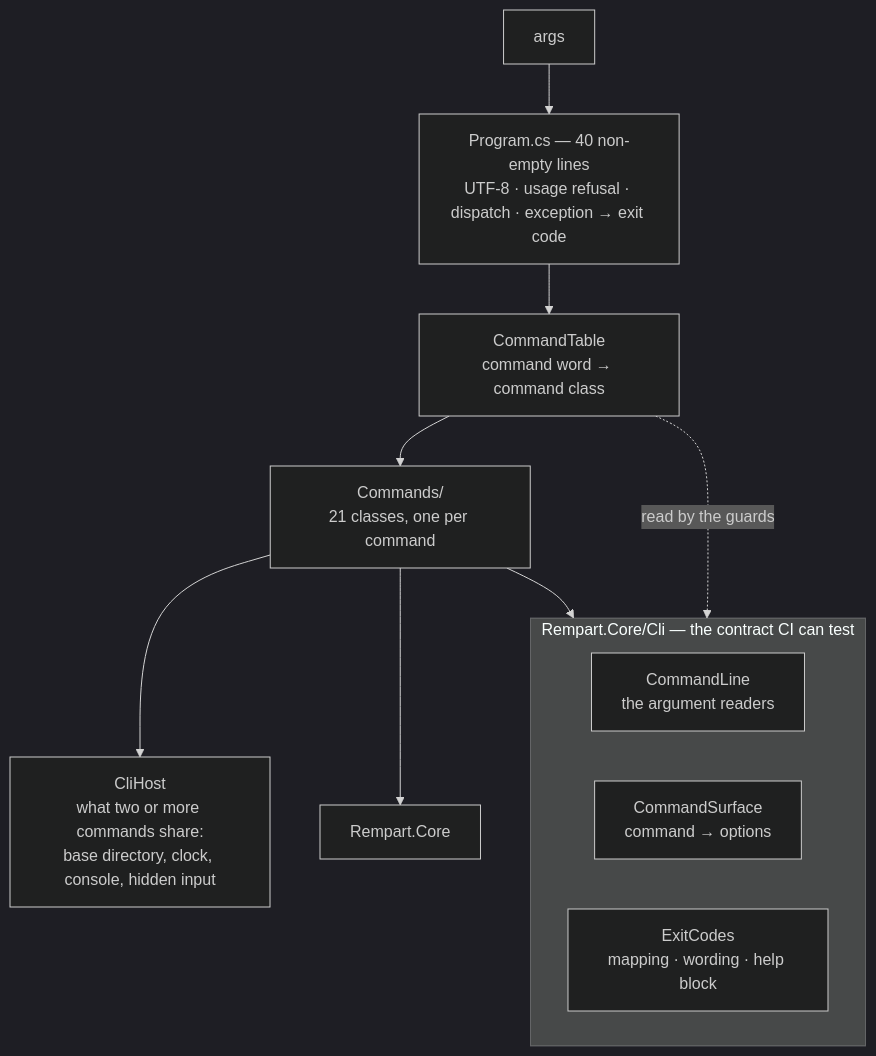
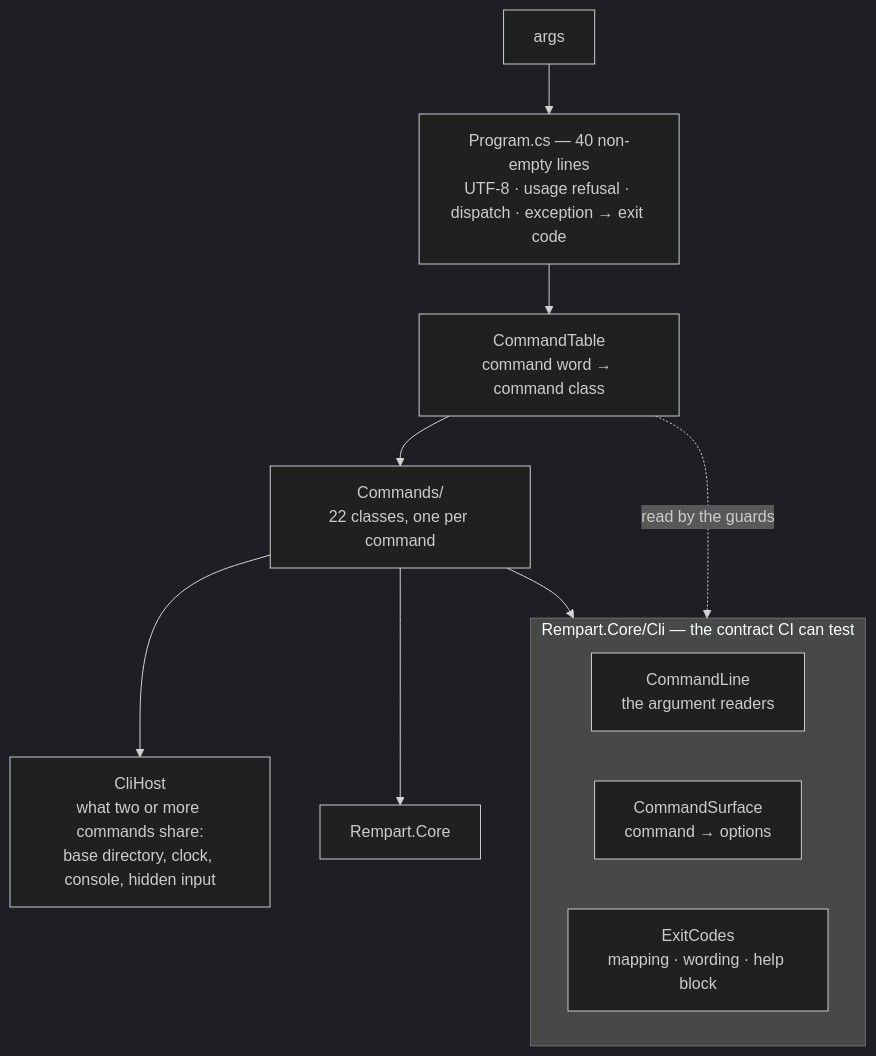
Before and after one commit to naoutix/rempart: the fourth of 4 diagrams in docs/ARCHITECTURE.md, drawn with Mermaid (dark theme). The commit also changed other lines of this file and 10 other files, not shown here.

````diff
--- a/docs/ARCHITECTURE.md
+++ b/docs/ARCHITECTURE.md
@@ -236,17 +236,17 @@
 ```mermaid
 flowchart TB
     ARGS["args"] --> PROG["Program.cs — 40 non-empty lines<br/>UTF-8 · usage refusal · dispatch · exception → exit code"]
     PROG --> TABLE["CommandTable<br/>command word → command class"]
-    TABLE --> CMDS["Commands/<br/>21 classes, one per command"]
+    TABLE --> CMDS["Commands/<br/>22 classes, one per command"]
     CMDS --> HOST["CliHost<br/>what two or more commands share:<br/>base directory, clock, console, hidden input"]
     CMDS --> CORE["Rempart.Core"]
 
     subgraph CONTRACT["Rempart.Core/Cli — the contract CI can test"]
         CL["CommandLine<br/>the argument readers"]
         CS["CommandSurface<br/>command → options"]
         EC["ExitCodes<br/>mapping · wording · help block"]
     end
 
     CMDS --> CONTRACT
     TABLE -. read by the guards .-> CONTRACT
 ```
````
